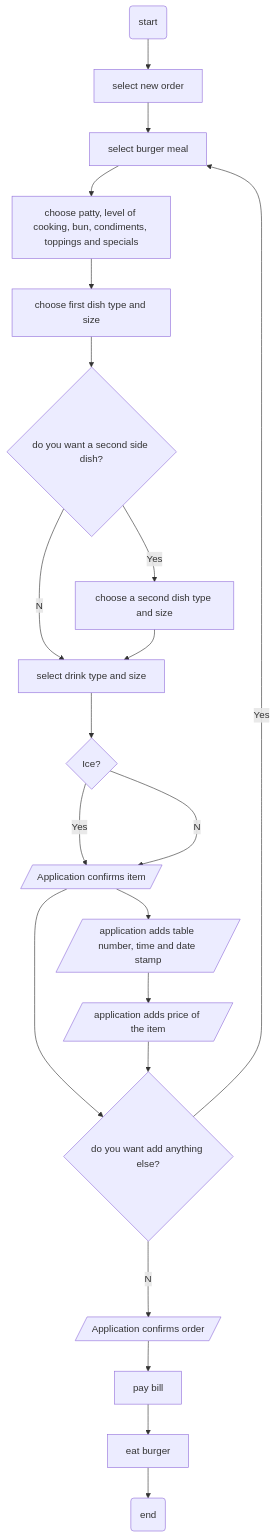
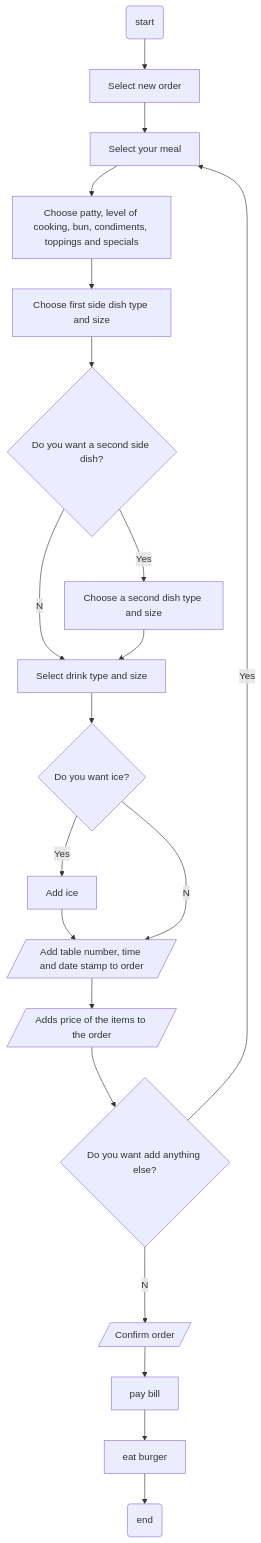
One commit to yusale9/student-showcase changed the diagram in student-work/2022/Amichai-Klipstein/api-final-project/readme.md. Above: the diagram before and after it, drawn with Mermaid.

Commit message:
Modified the flowchart
Added changes to the flowchart.

````diff
--- a/student-work/2022/Amichai-Klipstein/api-final-project/readme.md
+++ b/student-work/2022/Amichai-Klipstein/api-final-project/readme.md
@@ -10,24 +10,23 @@
 ```mermaid
   flowchart TD;
-      A(start)-->B[select new order];
-      B-->C[select burger meal];
-      C-->D[choose patty, level of cooking, bun, condiments, toppings and specials]; 
-      D-->E[choose first dish type and size];
-      E-->F{do you want a second side dish?};
-      F--Yes-->G[choose a second dish type and size];
-      F--No-->H[select drink type and size];
+      A(start)-->B[Select new order];
+      B-->C[Select your meal];
+      C-->D[Choose patty, level of cooking, bun, condiments, toppings and specials]; 
+      D-->E[Choose first side dish type and size];
+      E-->F{Do you want a second side dish?};
+      F--Yes-->G[Choose a second dish type and size];
+      F--No-->H[Select drink type and size];
       G-->H;
-      H-->I{Ice?};
-      I--Yes-->J[/Application confirms item/];
-      I--No-->J;
-      J-->K[/application adds table number, time and date stamp/];
-      K-->L[/application adds price of the item/];
-      J-->M{do you want add anything else?};
+      H-->I{Do you want ice?};
+      I--Yes-->J[Add ice];
+      J-->K;
+      I--No-->K[/Add table number, time and date stamp to order/];
+      K-->L[/Adds price of the items to the order/];
+      L-->M{Do you want add anything else?};
       M--Yes-->C;
-      M--No-->N[/Application confirms order/];
-      L-->M;
+      M--No-->N[/Confirm order/];
       N-->O[pay bill];
       O-->P[eat burger];
       P-->Q(end);
       
 ```
````
